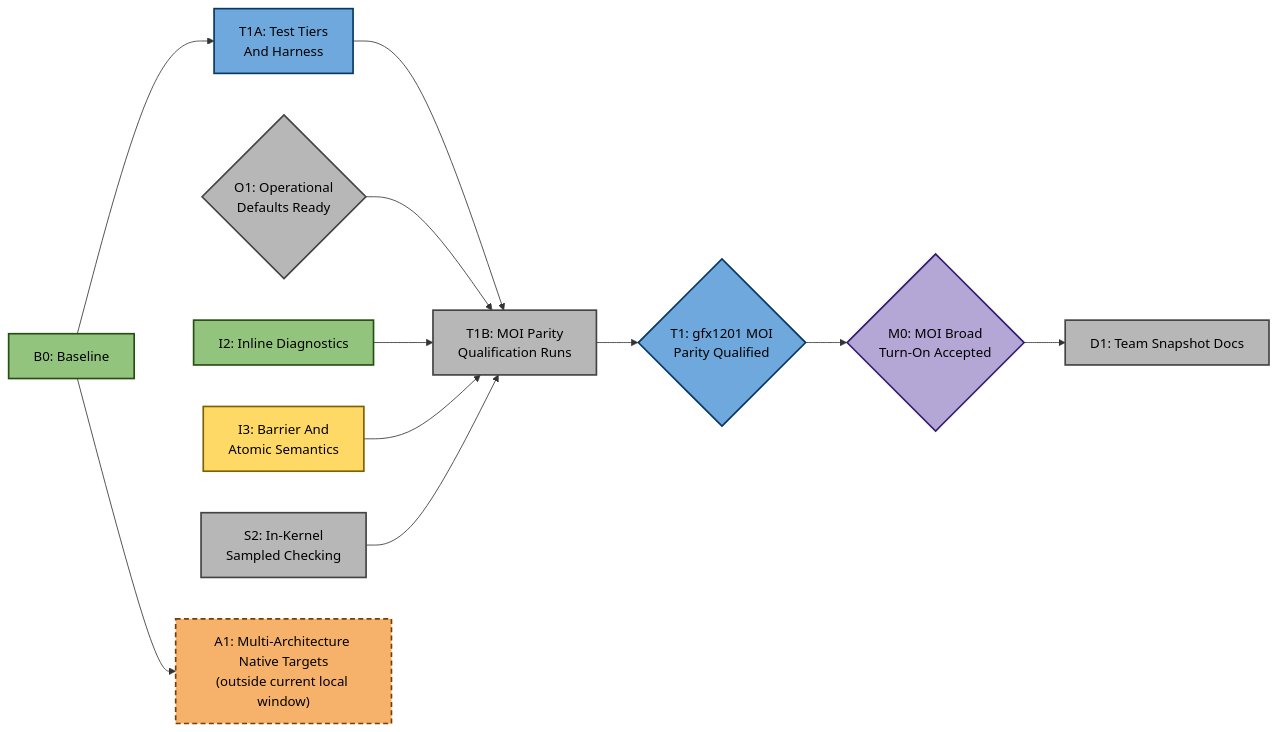
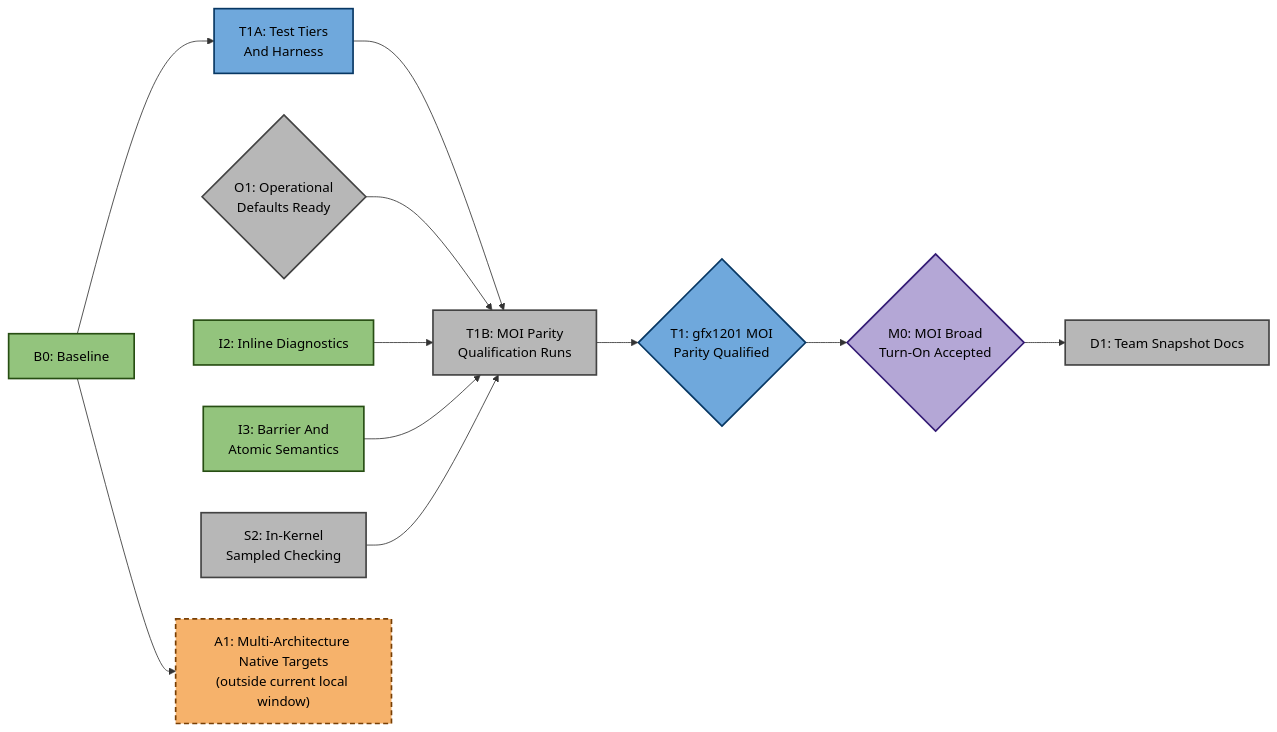
The third of 4 diagrams in emulation/rocjitsu/docs/consan/PLAN.md (ROCm/rocm-systems), drawn with Mermaid before and after one commit. The commit also changed other lines of this file and 4 other files, not shown here.

````diff
--- a/emulation/rocjitsu/docs/consan/PLAN.md
+++ b/emulation/rocjitsu/docs/consan/PLAN.md
@@ -179,33 +179,33 @@
 ```mermaid
 flowchart LR
   B0["B0: Baseline"]:::done
   O1{"O1: Operational<br/>Defaults Ready"}:::todo
   I2["I2: Inline Diagnostics"]:::done
-  I3["I3: Barrier And<br/>Atomic Semantics"]:::active
+  I3["I3: Barrier And<br/>Atomic Semantics"]:::done
   S2["S2: In-Kernel<br/>Sampled Checking"]:::todo
   T1A["T1A: Test Tiers<br/>And Harness"]:::partial
   T1B["T1B: MOI Parity<br/>Qualification Runs"]:::todo
   T1{"T1: gfx1201 MOI<br/>Parity Qualified"}:::partial
   M0{"M0: MOI Broad<br/>Turn-On Accepted"}:::target
   D1["D1: Team Snapshot Docs"]:::todo
   A1["A1: Multi-Architecture Native Targets<br/>(outside current local window)"]:::deferred
 
   B0 --> T1A
   T1A --> T1B
   O1 --> T1B
   I2 --> T1B
   I3 --> T1B
   S2 --> T1B
   T1B --> T1
   T1 --> M0
   M0 --> D1
 
   B0 --> A1
 
   classDef done fill:#93c47d,stroke:#274e13,stroke-width:2px,color:#000;
   classDef active fill:#ffd966,stroke:#7f6000,stroke-width:2px,color:#000;
   classDef target fill:#b4a7d6,stroke:#351c75,stroke-width:2px,color:#000;
   classDef partial fill:#6fa8dc,stroke:#073763,stroke-width:2px,color:#000;
   classDef todo fill:#b7b7b7,stroke:#434343,stroke-width:2px,color:#000;
   classDef deferred fill:#f6b26b,stroke:#783f04,stroke-width:2px,color:#000,stroke-dasharray: 6 4;
 ```
````
